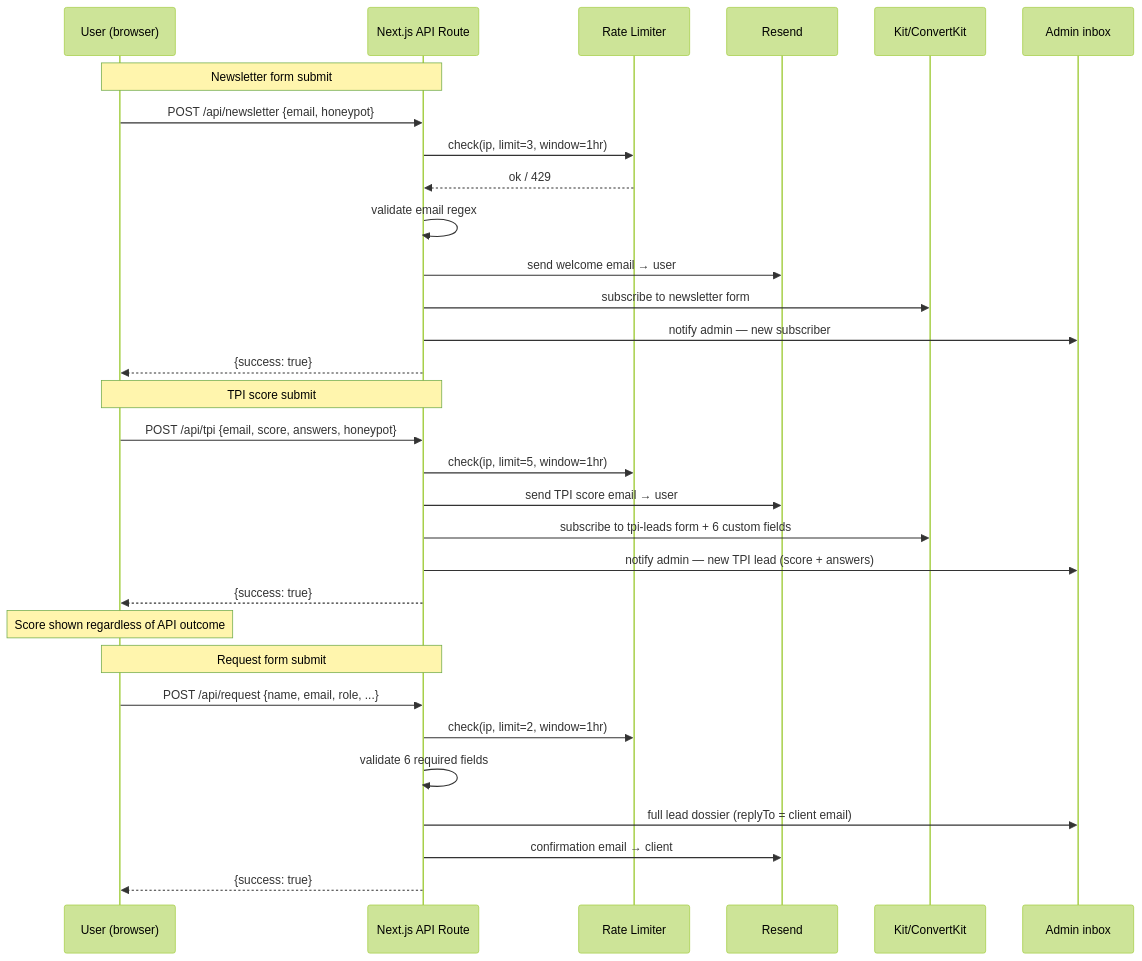
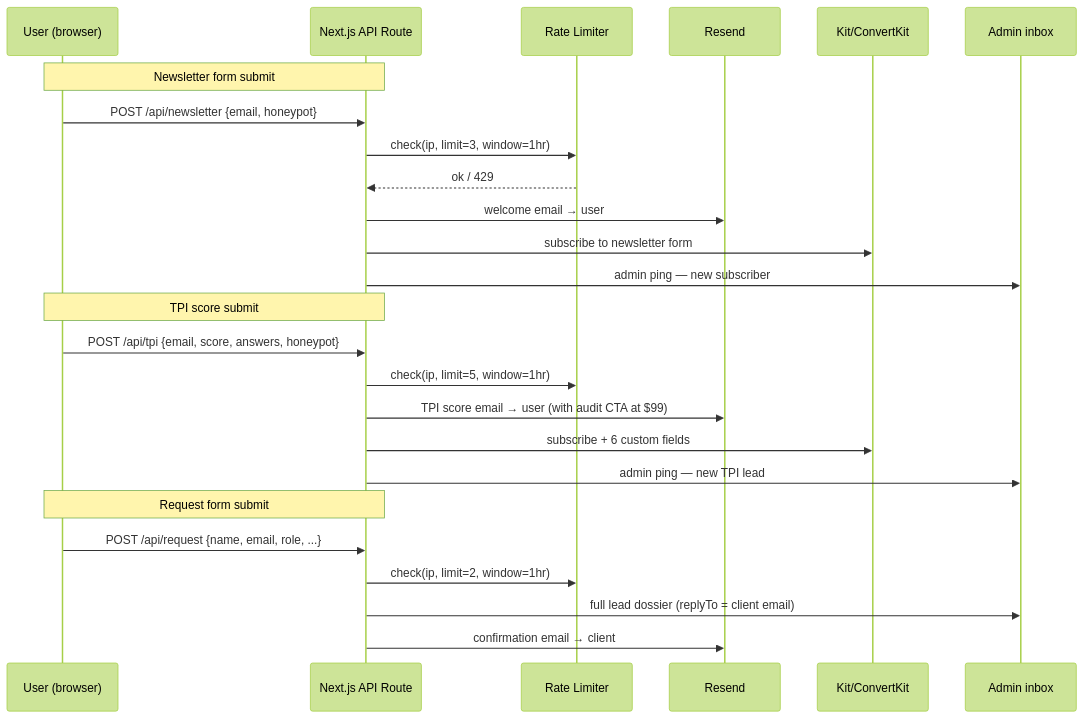
One commit to ashucfx/catalyst-ripplenexus changed the second of 3 diagrams in README.md. Above: the diagram before and after it, drawn with Mermaid (forest theme). The commit also changed other lines of this file, not shown here.

````diff
--- a/README.md
+++ b/README.md
@@ -172,36 +243,30 @@
 ```mermaid
 sequenceDiagram
     participant U as User (browser)
     participant API as Next.js API Route
     participant RL as Rate Limiter
     participant R as Resend
     participant CK as Kit/ConvertKit
     participant A as Admin inbox
 
     Note over U,API: Newsletter form submit
     U->>API: POST /api/newsletter {email, honeypot}
     API->>RL: check(ip, limit=3, window=1hr)
     RL-->>API: ok / 429
-    API->>API: validate email regex
-    API->>R: send welcome email → user
+    API->>R: welcome email → user
     API->>CK: subscribe to newsletter form
-    API->>A: notify admin — new subscriber
-    API-->>U: {success: true}
+    API->>A: admin ping — new subscriber
 
     Note over U,API: TPI score submit
     U->>API: POST /api/tpi {email, score, answers, honeypot}
     API->>RL: check(ip, limit=5, window=1hr)
-    API->>R: send TPI score email → user
-    API->>CK: subscribe to tpi-leads form + 6 custom fields
-    API->>A: notify admin — new TPI lead (score + answers)
-    API-->>U: {success: true}
-    Note over U: Score shown regardless of API outcome
+    API->>R: TPI score email → user (with audit CTA at $99)
+    API->>CK: subscribe + 6 custom fields
+    API->>A: admin ping — new TPI lead
 
     Note over U,API: Request form submit
     U->>API: POST /api/request {name, email, role, ...}
     API->>RL: check(ip, limit=2, window=1hr)
-    API->>API: validate 6 required fields
     API->>A: full lead dossier (replyTo = client email)
     API->>R: confirmation email → client
-    API-->>U: {success: true}
 ```
````
